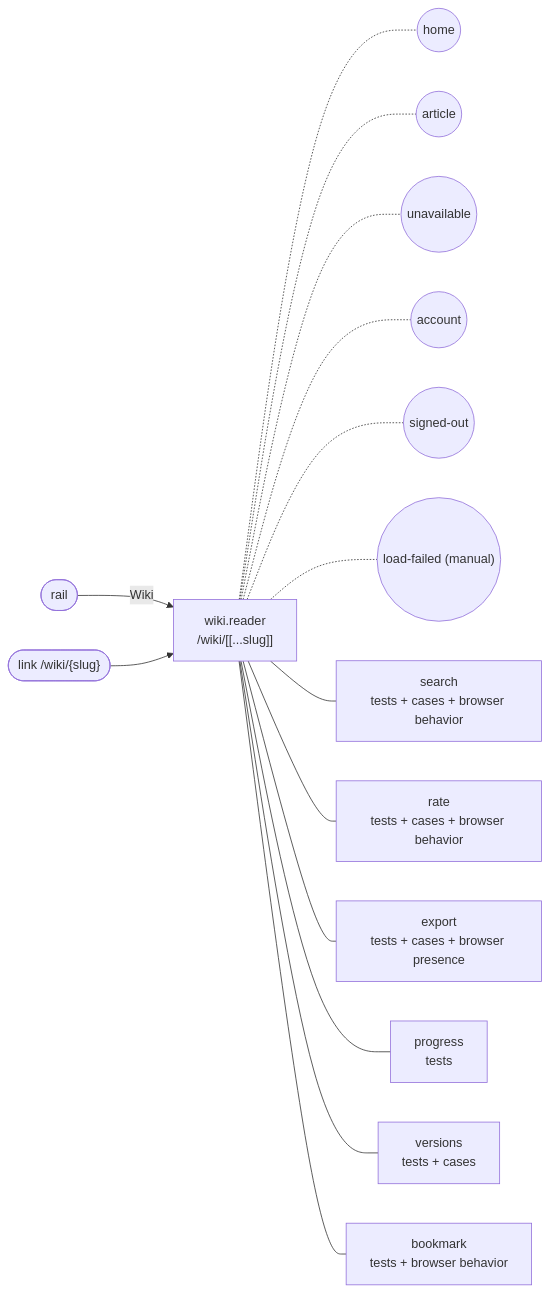
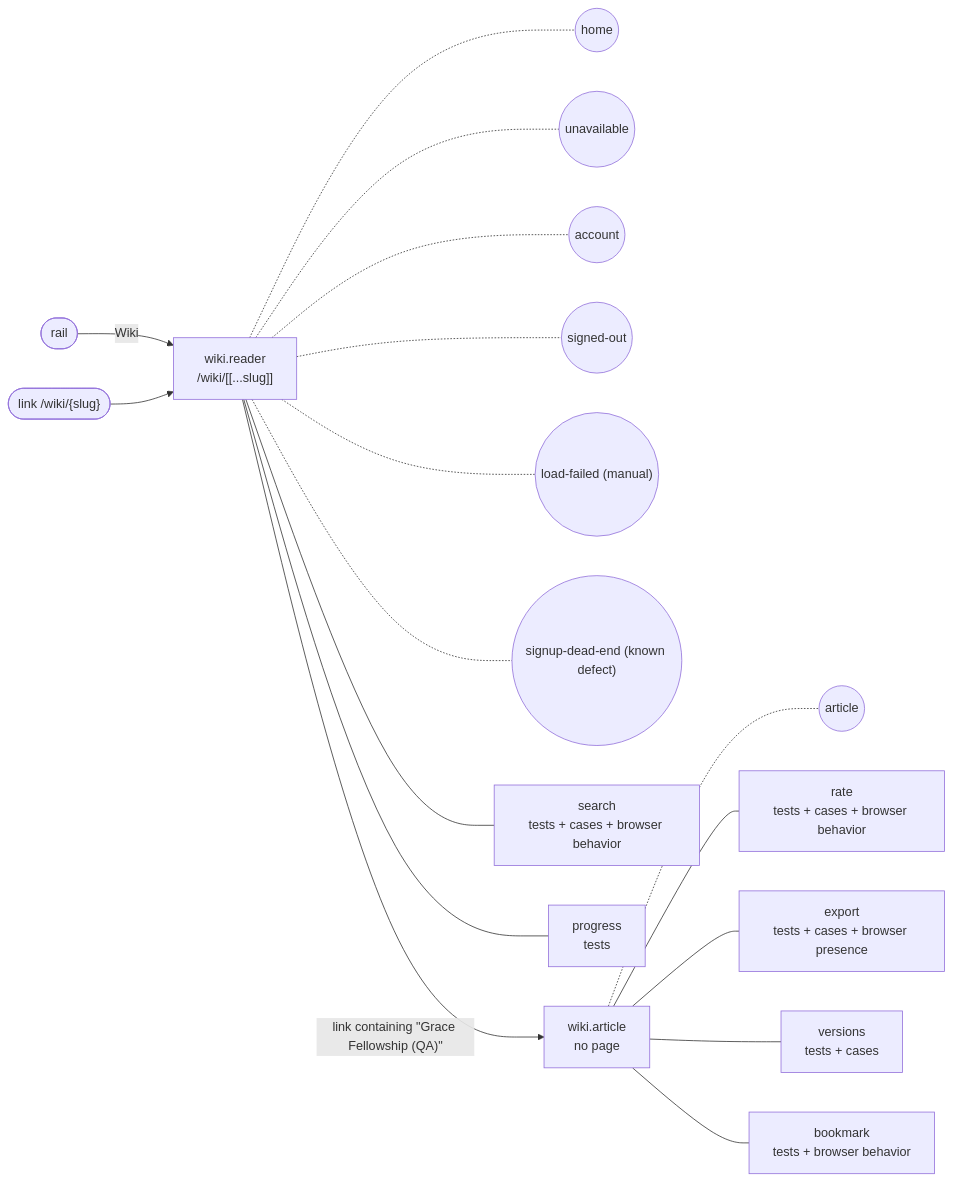
One commit to SebastianGarces/everyfield changed the diagram in docs/feature-maps/wiki.md. Above: the diagram before and after it, drawn with Mermaid. The commit also changed other lines of this file and 6 other files, not shown here.

Commit message:
Feature maps: cite exportPdf, sharper wiki search, signup dead end as a known defect, member Launch check

````diff
--- a/docs/feature-maps/wiki.md
+++ b/docs/feature-maps/wiki.md
@@ -6,20 +6,23 @@
 ```mermaid
 flowchart LR
   rail(["rail"])
   s0_link1(["link /wiki/{slug}"])
   s0["wiki.reader<br/>/wiki/[[...slug]]"]
   rail -- "Wiki" --> s0
   s0_link1 --> s0
   s0 -.- s0_st0(("home"))
-  s0 -.- s0_st1(("article"))
-  s0 -.- s0_st2(("unavailable"))
-  s0 -.- s0_st3(("account"))
-  s0 -.- s0_st4(("signed-out"))
-  s0 -.- s0_st5(("load-failed (manual)"))
+  s0 -.- s0_st1(("unavailable"))
+  s0 -.- s0_st2(("account"))
+  s0 -.- s0_st3(("signed-out"))
+  s0 -.- s0_st4(("load-failed (manual)"))
+  s0 -.- s0_st5(("signup-dead-end (known defect)"))
   s0 --- s0_b0["search<br/>tests + cases + browser behavior"]
-  s0 --- s0_b1["rate<br/>tests + cases + browser behavior"]
-  s0 --- s0_b2["export<br/>tests + cases + browser presence"]
-  s0 --- s0_b3["progress<br/>tests"]
-  s0 --- s0_b4["versions<br/>tests + cases"]
-  s0 --- s0_b5["bookmark<br/>tests + browser behavior"]
+  s0 --- s0_b1["progress<br/>tests"]
+  s1["wiki.article<br/>no page"]
+  s0 -- "link containing #quot;Grace Fellowship (QA)#quot;" --> s1
+  s1 -.- s1_st0(("article"))
+  s1 --- s1_b0["rate<br/>tests + cases + browser behavior"]
+  s1 --- s1_b1["export<br/>tests + cases + browser presence"]
+  s1 --- s1_b2["versions<br/>tests + cases"]
+  s1 --- s1_b3["bookmark<br/>tests + browser behavior"]
 ```
````
